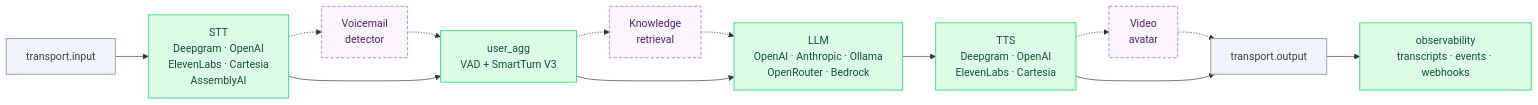
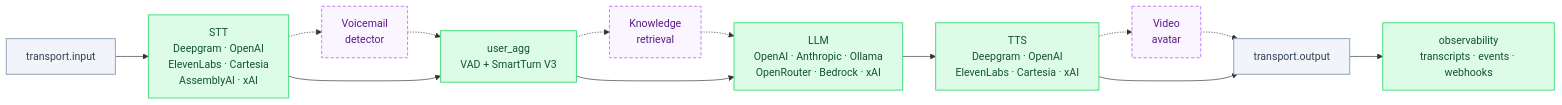
The third of 6 diagrams in docs/architecture.mdx (kobikis/turncall), drawn with Mermaid before and after one commit. The commit also changed 35 other files, not shown here.

First line of the commit message:
feat: xAI as an LLM, STT and TTS provider (#385) (#396)

````diff
--- a/docs/architecture.mdx
+++ b/docs/architecture.mdx
@@ -115,24 +115,24 @@
 ```mermaid
 flowchart LR
-    IN["transport.input"] --> STT["STT<br/>Deepgram · OpenAI<br/>ElevenLabs · Cartesia<br/>AssemblyAI"]
+    IN["transport.input"] --> STT["STT<br/>Deepgram · OpenAI<br/>ElevenLabs · Cartesia<br/>AssemblyAI · xAI"]
     STT -.-> VM["Voicemail<br/>detector"]
     VM -.-> TURN
     STT --> TURN["user_agg<br/>VAD + SmartTurn V3"]
     TURN -.-> KB["Knowledge<br/>retrieval"]
     KB -.-> LLM
-    TURN --> LLM["LLM<br/>OpenAI · Anthropic · Ollama<br/>OpenRouter · Bedrock"]
-    LLM --> TTS["TTS<br/>Deepgram · OpenAI<br/>ElevenLabs · Cartesia"]
+    TURN --> LLM["LLM<br/>OpenAI · Anthropic · Ollama<br/>OpenRouter · Bedrock · xAI"]
+    LLM --> TTS["TTS<br/>Deepgram · OpenAI<br/>ElevenLabs · Cartesia · xAI"]
     TTS -.-> AV["Video<br/>avatar"]
     AV -.-> OUT
     TTS --> OUT["transport.output"]
     OUT --> OBS["observability<br/>transcripts · events · webhooks"]
 
     classDef client fill:#dbeafe,stroke:#60a5fa,stroke-width:1.5px,color:#1e3a8a
     classDef vendor fill:#f1f5f9,stroke:#94a3b8,stroke-width:1.5px,color:#334155
     classDef core fill:#dcfce7,stroke:#4ade80,stroke-width:1.5px,color:#14532d
     classDef store fill:#fef3c7,stroke:#fbbf24,stroke-width:1.5px,color:#78350f
     classDef optional fill:#faf5ff,stroke:#c084fc,stroke-width:1.5px,color:#581c87,stroke-dasharray:5 3
     class IN,OUT vendor
     class STT,TURN,LLM,TTS,OBS core
     class VM,KB,AV optional
 ```
````
